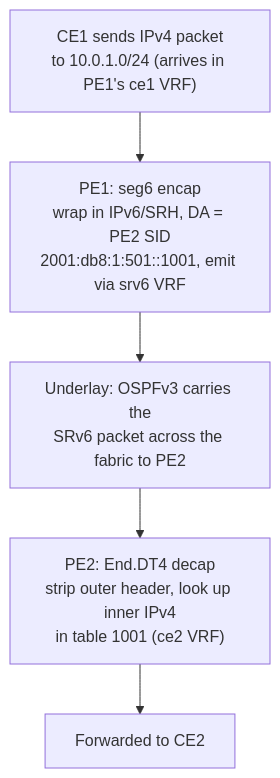
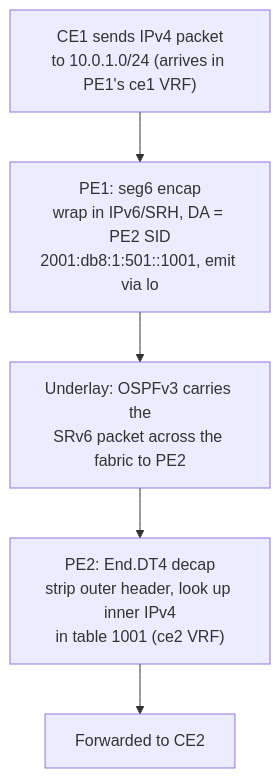
One commit to cmpxchg16b-nop/ipv6-lab changed the second of 2 diagrams in README.md. Above: the diagram before and after it, drawn with Mermaid. The commit also changed other lines of this file, not shown here.

````diff
--- a/README.md
+++ b/README.md
@@ -93,9 +114,9 @@
 ```mermaid
 flowchart TD
     A["CE1 sends IPv4 packet<br/>to 10.0.1.0/24 (arrives in PE1's ce1 VRF)"]
-    B["PE1: seg6 encap<br/>wrap in IPv6/SRH, DA = PE2 SID<br/>2001:db8:1:501::1001, emit via srv6 VRF"]
+    B["PE1: seg6 encap<br/>wrap in IPv6/SRH, DA = PE2 SID<br/>2001:db8:1:501::1001, emit via lo"]
     C["Underlay: OSPFv3 carries the<br/>SRv6 packet across the fabric to PE2"]
     D["PE2: End.DT4 decap<br/>strip outer header, look up inner IPv4<br/>in table 1001 (ce2 VRF)"]
     E["Forwarded to CE2"]
     A --> B --> C --> D --> E
 ```
````
